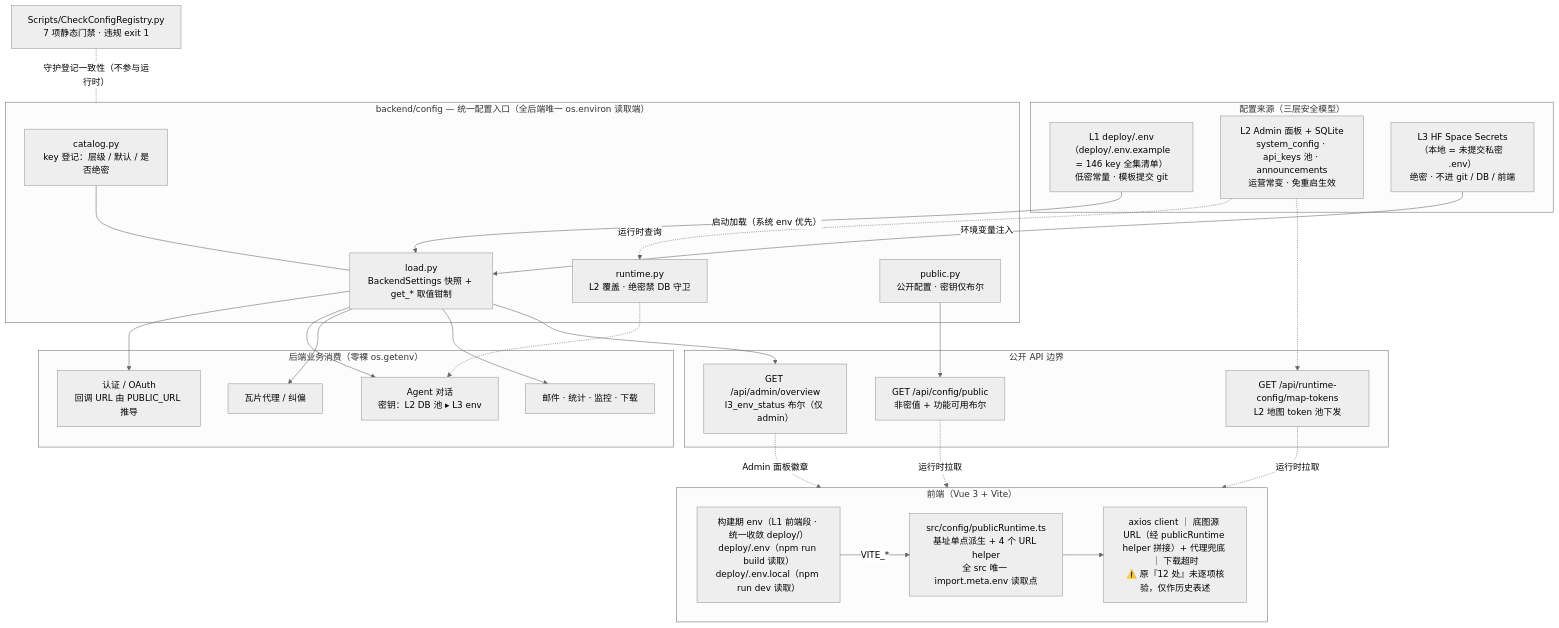
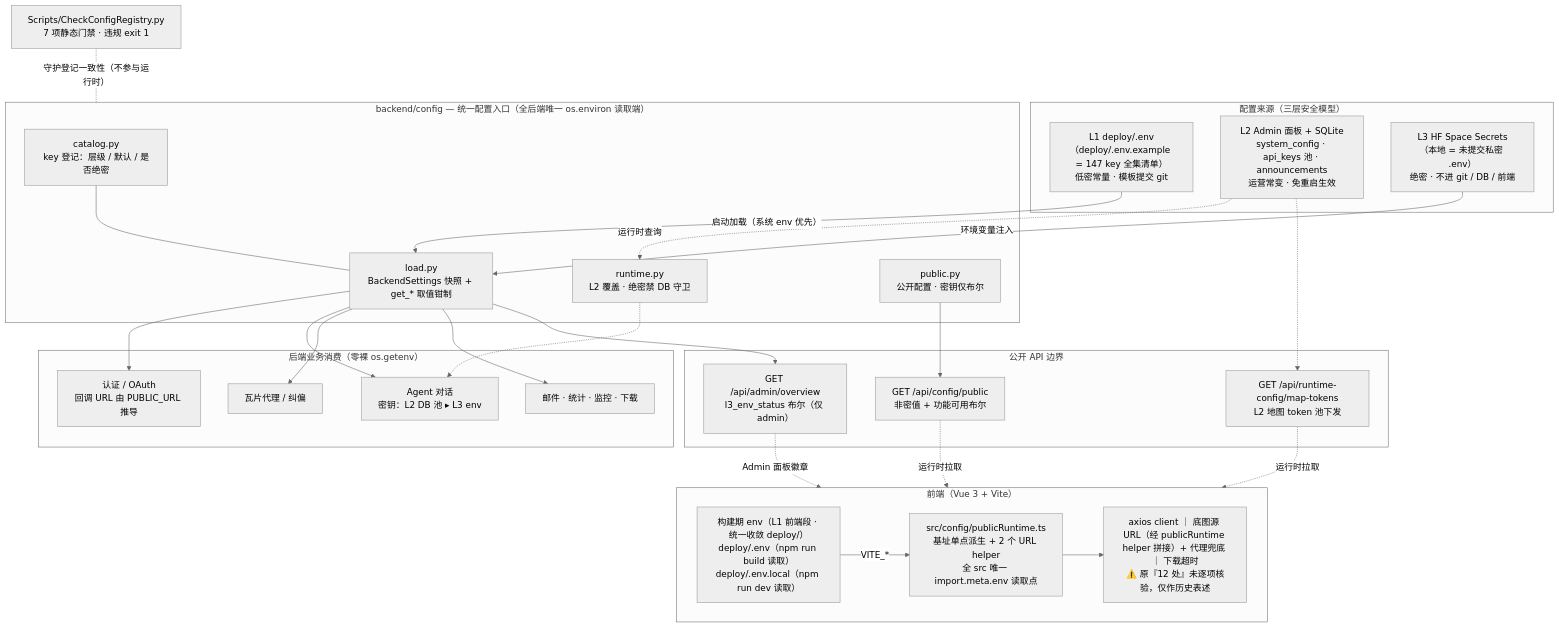
One commit to NEGIAO/WebGIS-Dev changed the first of 2 diagrams in Docs/Architecture/configuration-three-tier.md. Above: the diagram before and after it, drawn with Mermaid (neutral theme). The commit also changed other lines of this file and 54 other files, not shown here.

First line of the commit message:
补充归档常用400+瓦片并补充访问key；涉及影像、电子地图、地形、历史影像、矢量瓦片等资源；底图能力大幅提高；

````diff
--- a/Docs/Architecture/configuration-three-tier.md
+++ b/Docs/Architecture/configuration-three-tier.md
@@ -14,57 +16,57 @@
 ```mermaid
 flowchart TB
     subgraph SRC["配置来源（三层安全模型）"]
-        L1["L1 deploy/.env<br/>（deploy/.env.example = 146 key 全集清单）<br/>低密常量 · 模板提交 git"]
+        L1["L1 deploy/.env<br/>（deploy/.env.example = 147 key 全集清单）<br/>低密常量 · 模板提交 git"]
         L2["L2 Admin 面板 + SQLite<br/>system_config · api_keys 池 · announcements<br/>运营常变 · 免重启生效"]
         L3["L3 HF Space Secrets<br/>（本地 = 未提交私密 .env）<br/>绝密 · 不进 git / DB / 前端"]
     end
 
     subgraph CFG["backend/config — 统一配置入口（全后端唯一 os.environ 读取端）"]
         CAT["catalog.py<br/>key 登记：层级 / 默认 / 是否绝密"]
         LOAD["load.py<br/>BackendSettings 快照 + get_* 取值钳制"]
         RT["runtime.py<br/>L2 覆盖 · 绝密禁 DB 守卫"]
         PUB["public.py<br/>公开配置 · 密钥仅布尔"]
     end
 
     L1 -- "启动加载（系统 env 优先）" --> LOAD
     L3 -- "环境变量注入" --> LOAD
     L2 -. "运行时查询" .-> RT
     CAT --- LOAD
 
     subgraph BIZ["后端业务消费（零裸 os.getenv）"]
         AUTH["认证 / OAuth<br/>回调 URL 由 PUBLIC_URL 推导"]
         AGENT["Agent 对话<br/>密钥：L2 DB 池 ▸ L3 env"]
         TILE["瓦片代理 / 纠偏"]
         MISC["邮件 · 统计 · 监控 · 下载"]
     end
 
     LOAD --> AUTH
     LOAD --> AGENT
     LOAD --> TILE
     LOAD --> MISC
     RT -.-> AGENT
 
     subgraph API["公开 API 边界"]
         P1["GET /api/config/public<br/>非密值 + 功能可用布尔"]
         P2["GET /api/runtime-config/map-tokens<br/>L2 地图 token 池下发"]
         P3["GET /api/admin/overview<br/>l3_env_status 布尔（仅 admin）"]
     end
 
     PUB --> P1
     L2 -.-> P2
     LOAD --> P3
 
     subgraph FE["前端（Vue 3 + Vite）"]
         ENVF["构建期 env（L1 前端段 · 统一收敛 deploy/）<br/>deploy/.env（npm run build 读取）<br/>deploy/.env.local（npm run dev 读取）"]
-        PRT["src/config/publicRuntime.ts<br/>基址单点派生 + 4 个 URL helper<br/>全 src 唯一 import.meta.env 读取点"]
+        PRT["src/config/publicRuntime.ts<br/>基址单点派生 + 2 个 URL helper<br/>全 src 唯一 import.meta.env 读取点"]
         CONS["axios client ｜ 底图源 URL（经 publicRuntime helper 拼接）+ 代理兜底 ｜ 下载超时<br/>⚠️ 原『12 处』未逐项核验，仅作历史表述"]
     end
 
     ENVF -- "VITE_*" --> PRT --> CONS
     P1 -. "运行时拉取" .-> FE
     P2 -. "运行时拉取" .-> FE
     P3 -. "Admin 面板徽章" .-> FE
 
     GATE["Scripts/CheckConfigRegistry.py<br/>7 项静态门禁 · 违规 exit 1"]
     GATE -. "守护登记一致性（不参与运行时）" .- CFG
 ```
````
